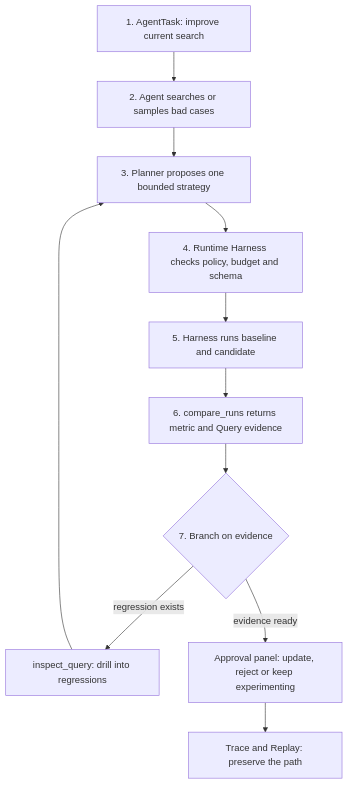
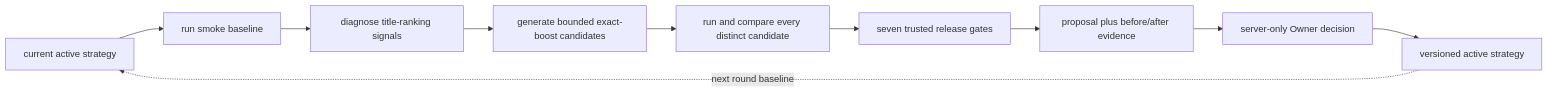
One commit to Shaw485/search-engine-eva-agent changed the second of 2 diagrams in docs/AGENT_FLOW.md. Above: the diagram before and after it, drawn with Mermaid. The commit also changed other lines of this file and 14 other files, not shown here.

Commit message:
feat: add gated multi-candidate search optimizer

````diff
--- a/docs/AGENT_FLOW.md
+++ b/docs/AGENT_FLOW.md
@@ -15,17 +41,15 @@
 ```mermaid
-flowchart TD
-    A[1. AgentTask: improve current search]
-    B[2. Agent searches or samples bad cases]
-    C[3. Planner proposes one bounded strategy]
-    D[4. Runtime Harness checks policy, budget and schema]
-    E[5. Harness runs baseline and candidate]
-    F[6. compare_runs returns metric and Query evidence]
-    G{7. Branch on evidence}
-    H[inspect_query: drill into regressions]
-    I[Approval panel: update, reject or keep experimenting]
-    J[Trace and Replay: preserve the path]
+flowchart LR
+    A[current active strategy]
+    B[run smoke baseline]
+    C[diagnose title-ranking signals]
+    D[generate bounded exact-boost candidates]
+    E[run and compare every distinct candidate]
+    F[seven trusted release gates]
+    G[proposal plus before/after evidence]
+    H[server-only Owner decision]
+    I[versioned active strategy]
 
-    A --> B --> C --> D --> E --> F --> G
-    G -->|regression exists| H --> C
-    G -->|evidence ready| I --> J
+    A --> B --> C --> D --> E --> F --> G --> H --> I
+    I -.next round baseline.-> A
 ```
````
